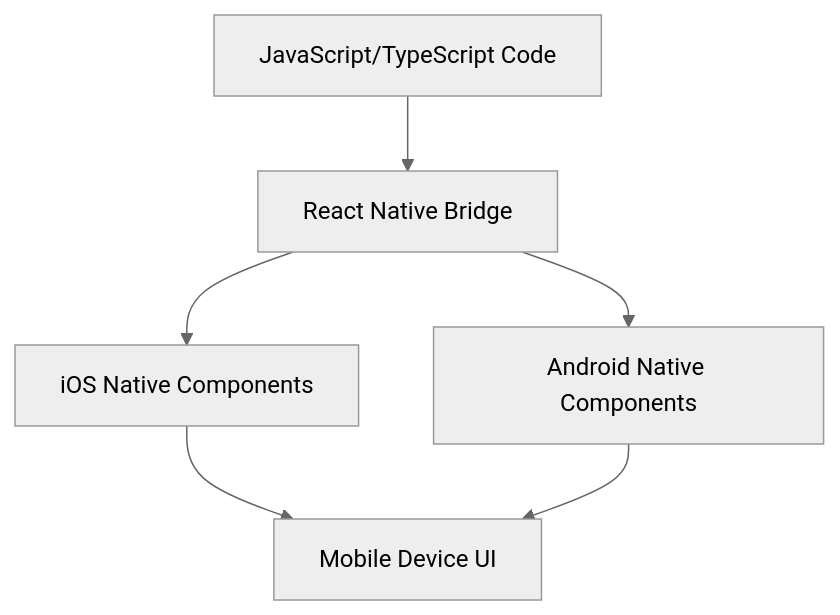
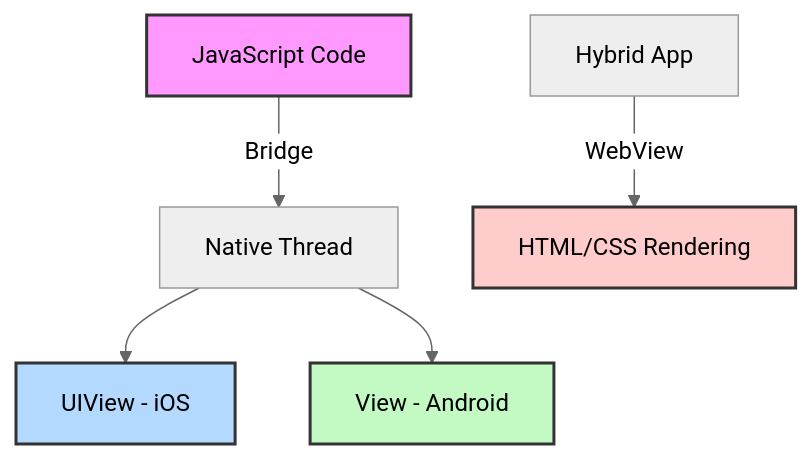
Before and after one commit to nickPattLB303/react-native-examples: the diagram in modules/module-01-the-landscape-of-mobile-development/section-03-why-react-native.md, drawn with Mermaid (neutral theme). The commit also changed other lines of this file and 8 other files, not shown here.

````diff
--- a/modules/module-01-the-landscape-of-mobile-development/section-03-why-react-native.md
+++ b/modules/module-01-the-landscape-of-mobile-development/section-03-why-react-native.md
@@ -58,7 +34,13 @@
 ```mermaid
-flowchart TD
-    A[JavaScript/TypeScript Code] --> B[React Native Bridge]
-    B --> C[iOS Native Components]
-    B --> D[Android Native Components]
-    C & D --> E[Mobile Device UI]
+graph TD
+    A[JavaScript Code] -->|Bridge| B[Native Thread]
+    B --> C[UIView - iOS]
+    B --> D[View - Android]
+    
+    E[Hybrid App] -->|WebView| F[HTML/CSS Rendering]
+    
+    style A fill:#f9f,stroke:#333,stroke-width:2px
+    style C fill:#b3d9ff,stroke:#333,stroke-width:2px
+    style D fill:#c3f9c3,stroke:#333,stroke-width:2px
+    style F fill:#ffcccc,stroke:#333,stroke-width:2px
 ```
````
